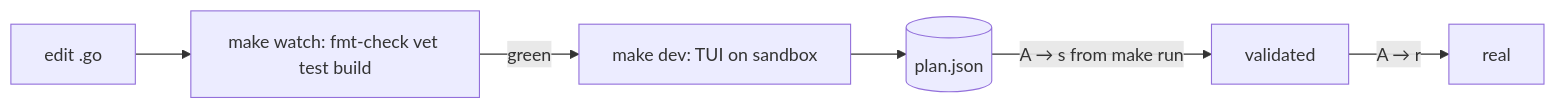
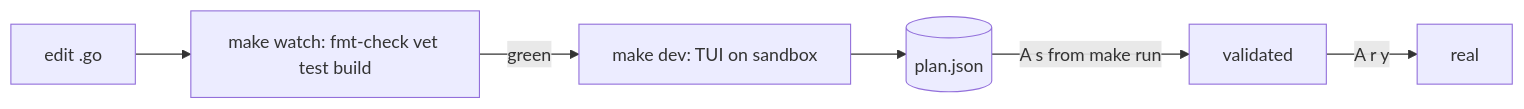
One commit to jfryman/sluice changed the diagram in lode/development.md. Above: the diagram before and after it, drawn with Mermaid. The commit also changed 6 other files, not shown here.

First line of the commit message:
Write the apply key sequence vim-style as A r y

````diff
--- a/lode/development.md
+++ b/lode/development.md
@@ -41,8 +41,8 @@
 ```mermaid
 flowchart LR
   E[edit .go] --> W[make watch: fmt-check vet test build]
   W -->|green| D[make dev: TUI on sandbox]
   D --> P[(plan.json)]
-  P -->|A → s from make run| V[validated]
-  V -->|A → r| R[real]
+  P -->|A s from make run| V[validated]
+  V -->|A r y| R[real]
 ```
````
